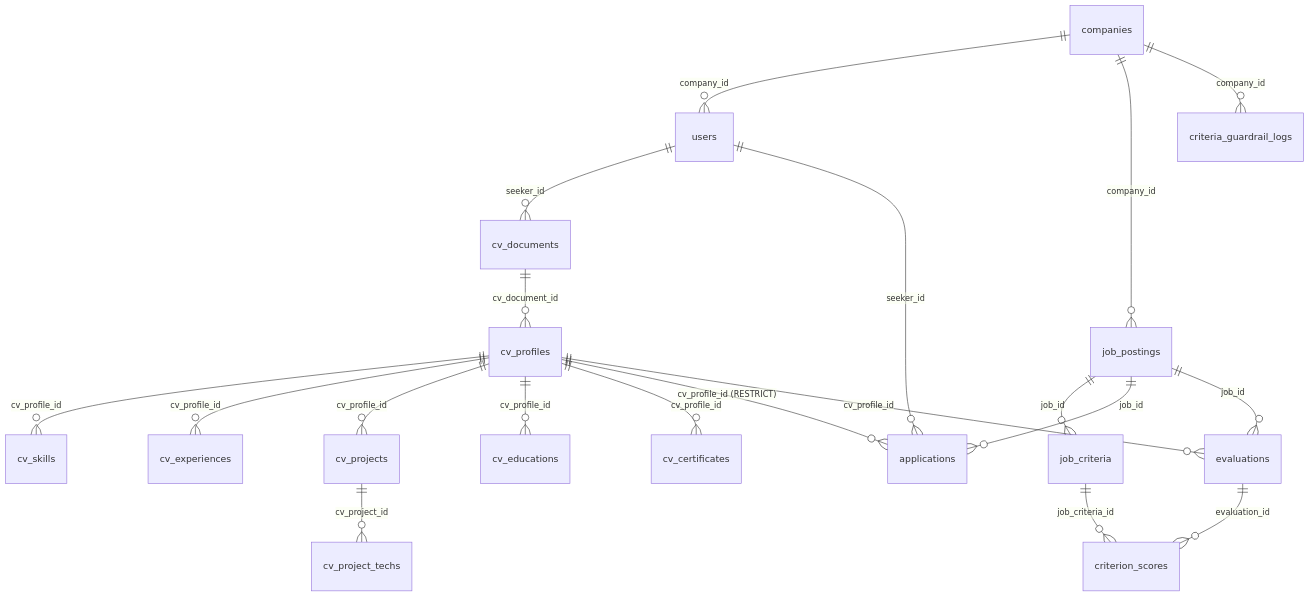
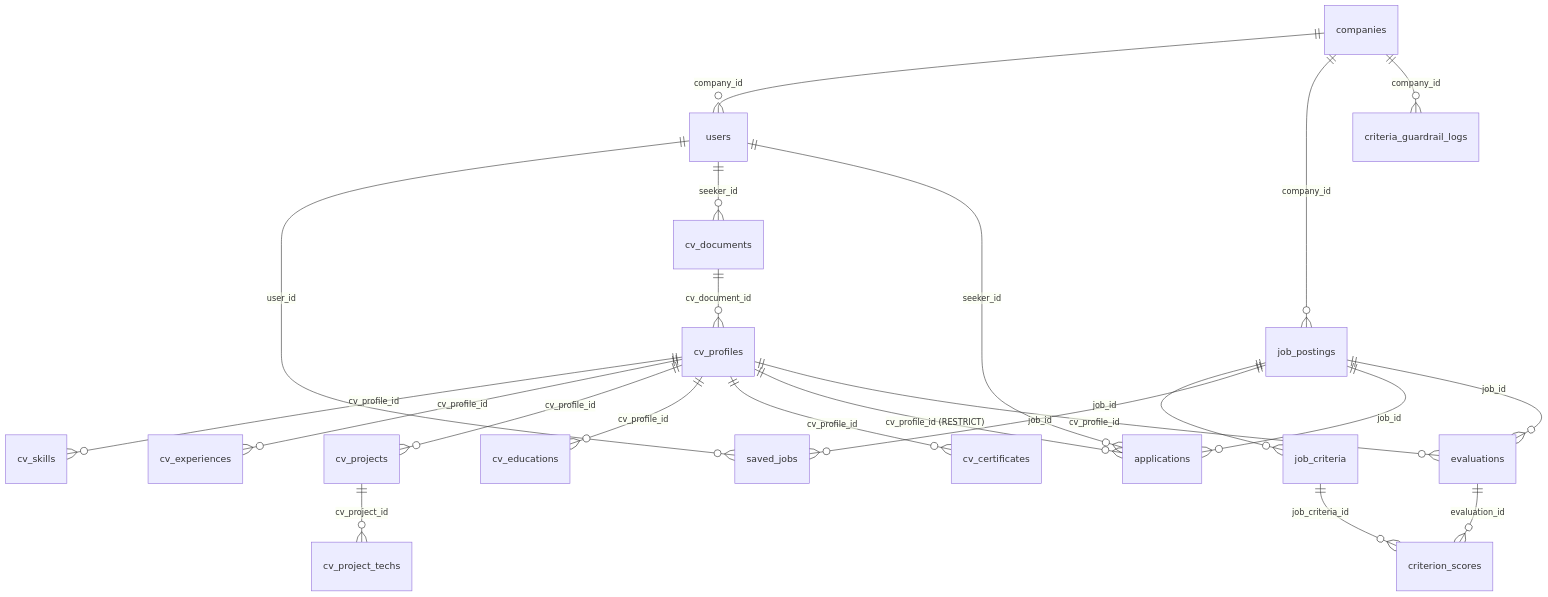
The second of 3 diagrams in PROJECT_DOCUMENTATION.md (unhodrgn/CareerSync), drawn with Mermaid before and after one commit. The commit also changed other lines of this file and 10 other files, not shown here.

````diff
--- a/PROJECT_DOCUMENTATION.md
+++ b/PROJECT_DOCUMENTATION.md
@@ -167,22 +171,24 @@
 ```mermaid
 erDiagram
     companies ||--o{ users : company_id
     companies ||--o{ job_postings : company_id
     companies ||--o{ criteria_guardrail_logs : company_id
     job_postings ||--o{ job_criteria : job_id
+    users ||--o{ saved_jobs : user_id
+    job_postings ||--o{ saved_jobs : job_id
     users ||--o{ cv_documents : seeker_id
     cv_documents ||--o{ cv_profiles : cv_document_id
     cv_profiles ||--o{ cv_skills : cv_profile_id
     cv_profiles ||--o{ cv_experiences : cv_profile_id
     cv_profiles ||--o{ cv_projects : cv_profile_id
     cv_projects ||--o{ cv_project_techs : cv_project_id
     cv_profiles ||--o{ cv_educations : cv_profile_id
     cv_profiles ||--o{ cv_certificates : cv_profile_id
     job_postings ||--o{ applications : job_id
     users ||--o{ applications : seeker_id
     cv_profiles ||--o{ applications : "cv_profile_id (RESTRICT)"
     job_postings ||--o{ evaluations : job_id
     cv_profiles ||--o{ evaluations : cv_profile_id
     evaluations ||--o{ criterion_scores : evaluation_id
     job_criteria ||--o{ criterion_scores : job_criteria_id
 ```
````
